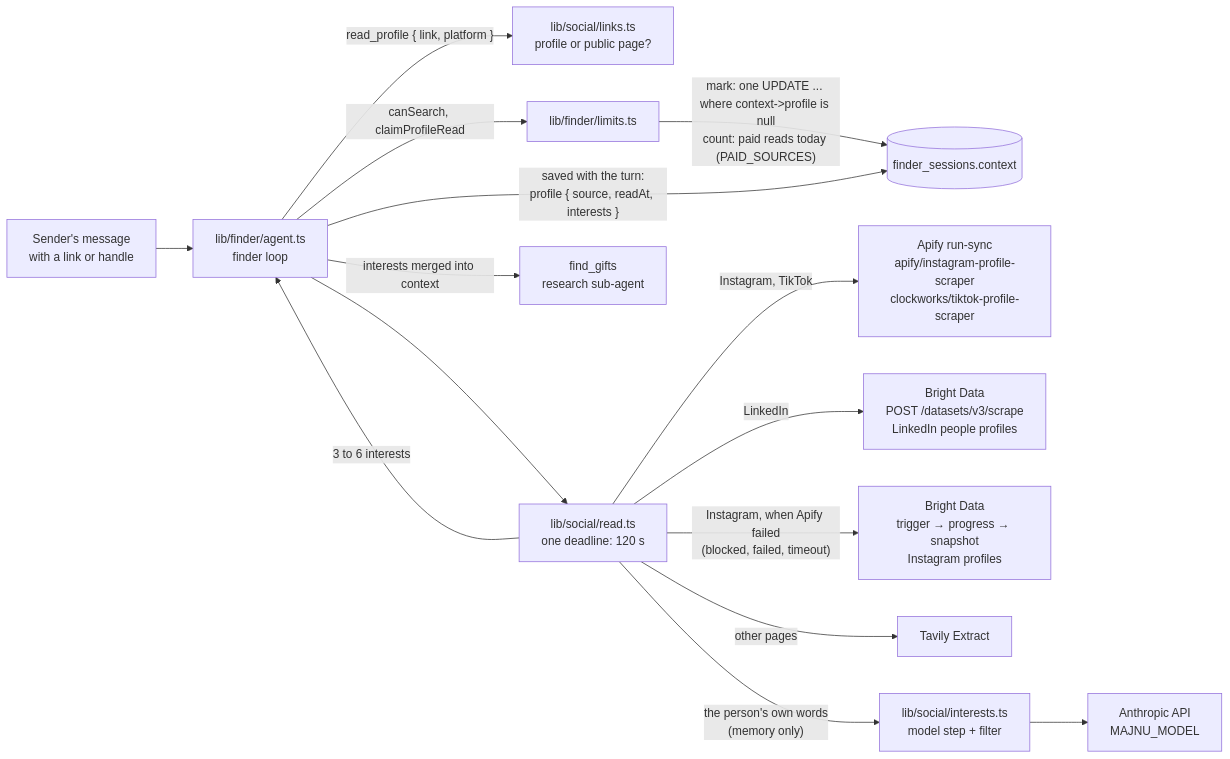
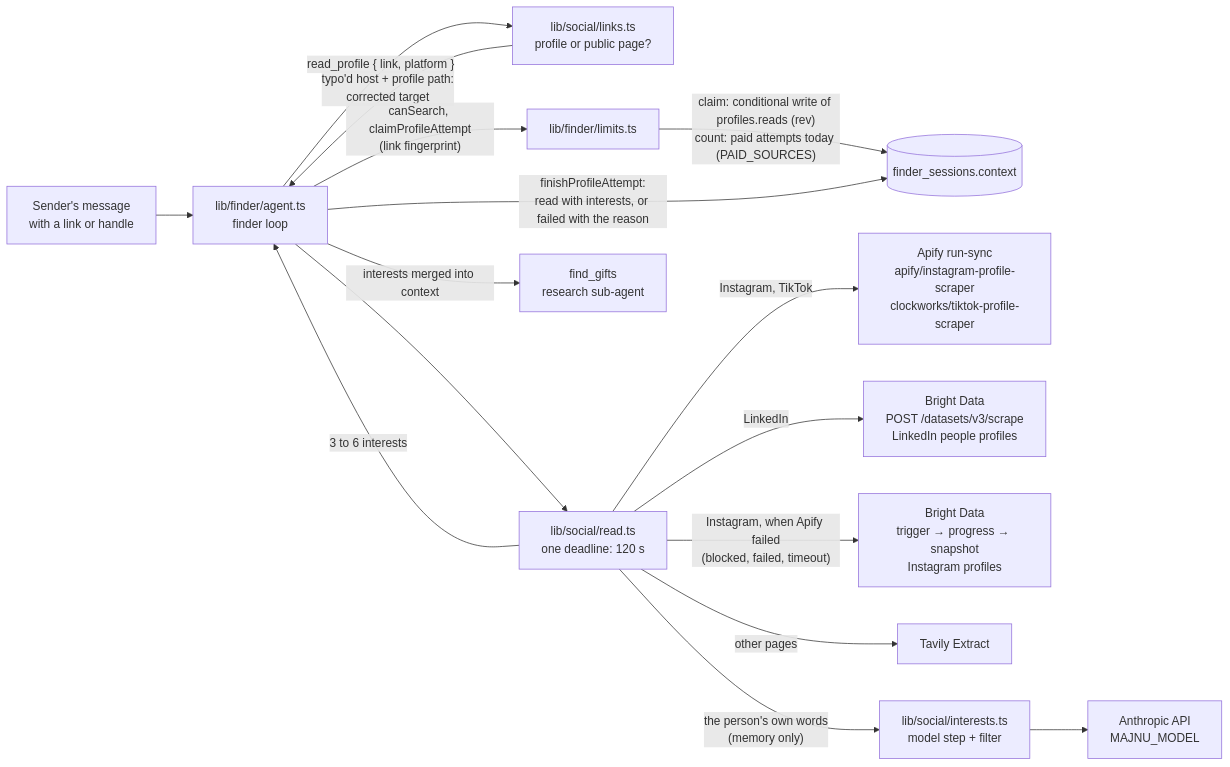
One commit to peresramirez/majnu changed the diagram in docs/features/social-profiles.md. Above: the diagram before and after it, drawn with Mermaid. The commit also changed other lines of this file and 3 other files, not shown here.

First line of the commit message:
Document several profile reads per session and typo correction

````diff
--- a/docs/features/social-profiles.md
+++ b/docs/features/social-profiles.md
@@ -11,17 +13,18 @@
 ```mermaid
 flowchart LR
   V[Sender's message<br/>with a link or handle] --> F[lib/finder/agent.ts<br/>finder loop]
   F -- "read_profile { link, platform }" --> L[lib/social/links.ts<br/>profile or public page?]
-  F -- "canSearch, claimProfileRead" --> LM[lib/finder/limits.ts]
-  LM -- "mark: one UPDATE ... where context->profile is null<br/>count: paid reads today (PAID_SOURCES)" --> FS[(finder_sessions.context)]
+  L -- "typo'd host + profile path:<br/>corrected target" --> F
+  F -- "canSearch, claimProfileAttempt<br/>(link fingerprint)" --> LM[lib/finder/limits.ts]
+  LM -- "claim: conditional write of profiles.reads (rev)<br/>count: paid attempts today (PAID_SOURCES)" --> FS[(finder_sessions.context)]
   F --> R[lib/social/read.ts<br/>one deadline: 120 s]
   R -- "Instagram, TikTok" --> AP[Apify run-sync<br/>apify/instagram-profile-scraper<br/>clockworks/tiktok-profile-scraper]
   R -- "LinkedIn" --> BDS[Bright Data<br/>POST /datasets/v3/scrape<br/>LinkedIn people profiles]
   R -- "Instagram, when Apify failed<br/>(blocked, failed, timeout)" --> BDA[Bright Data<br/>trigger → progress → snapshot<br/>Instagram profiles]
   R -- "other pages" --> TX[Tavily Extract]
   R -- "the person's own words<br/>(memory only)" --> I[lib/social/interests.ts<br/>model step + filter]
   I --> M[Anthropic API<br/>MAJNU_MODEL]
   R -- "3 to 6 interests" --> F
   F -- "interests merged into context" --> FG[find_gifts<br/>research sub-agent]
-  F -- "saved with the turn:<br/>profile { source, readAt, interests }" --> FS
+  F -- "finishProfileAttempt:<br/>read with interests, or failed with the reason" --> FS
 ```
````
